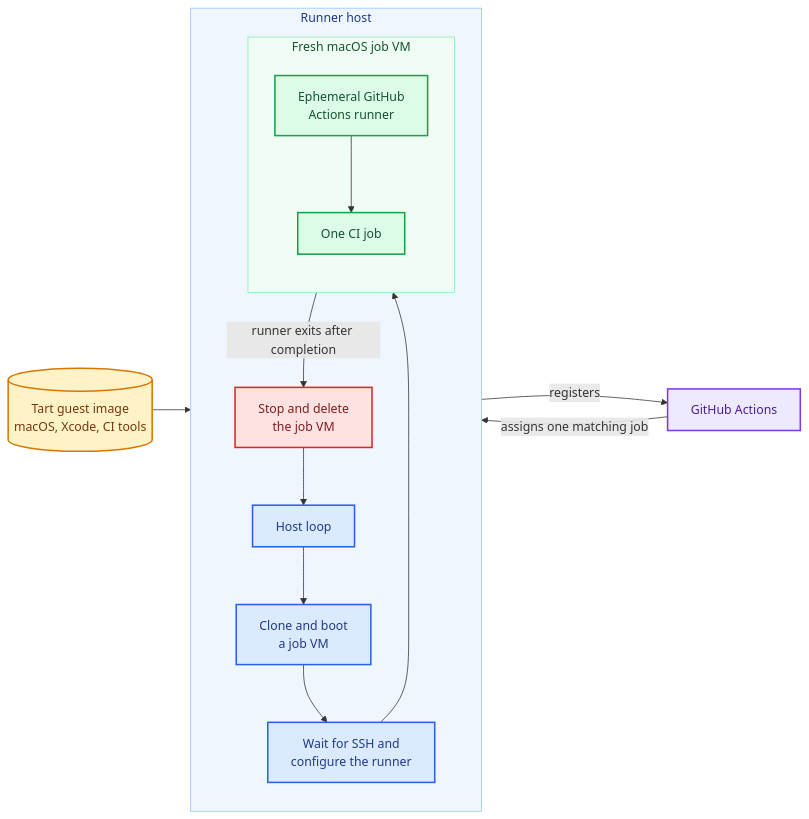
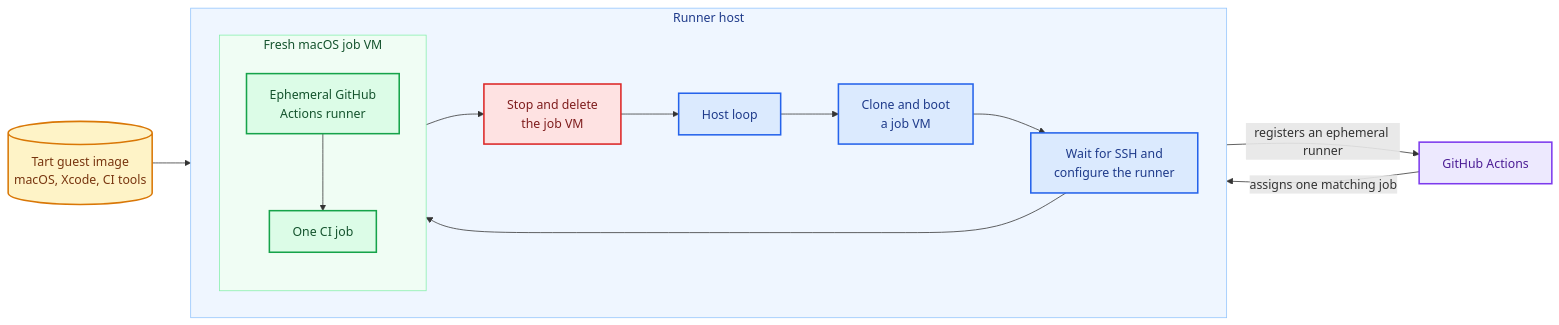
One commit to JanC/tartelette changed the diagram in README.md. Above: the diagram before and after it, drawn with Mermaid.

Commit message:
Lay out VM lifecycle horizontally

````diff
--- a/README.md
+++ b/README.md
@@ -34,43 +34,42 @@
 ```mermaid
 flowchart LR
     Image[(Tart guest image<br/>macOS, Xcode, CI tools)]
 
     subgraph Host[Runner host]
-        direction TB
+        direction LR
         Loop[Host loop]
         Clone[Clone and boot<br/>a job VM]
         Connect[Wait for SSH and<br/>configure the runner]
         Remove[Stop and delete<br/>the job VM]
-        Loop --> Clone --> Connect
-        Remove --> Loop
 
         subgraph JobVM[Fresh macOS job VM]
             direction TB
             Runner[Ephemeral GitHub<br/>Actions runner]
             Job[One CI job]
             Runner --> Job
         end
+
+        Loop --> Clone --> Connect --> Runner
+        Job --> Remove --> Loop
     end
 
     GitHub[GitHub Actions]
 
-    Image --> Clone
-    Connect --> Runner
-    Runner -->|registers| GitHub
-    GitHub -->|assigns one matching job| Job
-    Job -->|runner exits after completion| Remove
+    Image --> Host
+    Host -->|registers an ephemeral runner| GitHub
+    GitHub -->|assigns one matching job| Host
 
     classDef image fill:#fef3c7,stroke:#d97706,color:#78350f,stroke-width:2px
     classDef host fill:#dbeafe,stroke:#2563eb,color:#1e3a8a,stroke-width:2px
     classDef guest fill:#dcfce7,stroke:#16a34a,color:#14532d,stroke-width:2px
     classDef github fill:#ede9fe,stroke:#7c3aed,color:#4c1d95,stroke-width:2px
     classDef cleanup fill:#fee2e2,stroke:#dc2626,color:#7f1d1d,stroke-width:2px
 
     class Image image
     class Loop,Clone,Connect host
     class Runner,Job guest
     class GitHub github
     class Remove cleanup
     style Host fill:#eff6ff,stroke:#93c5fd,color:#1e3a8a
     style JobVM fill:#f0fdf4,stroke:#86efac,color:#14532d
 ```
````
